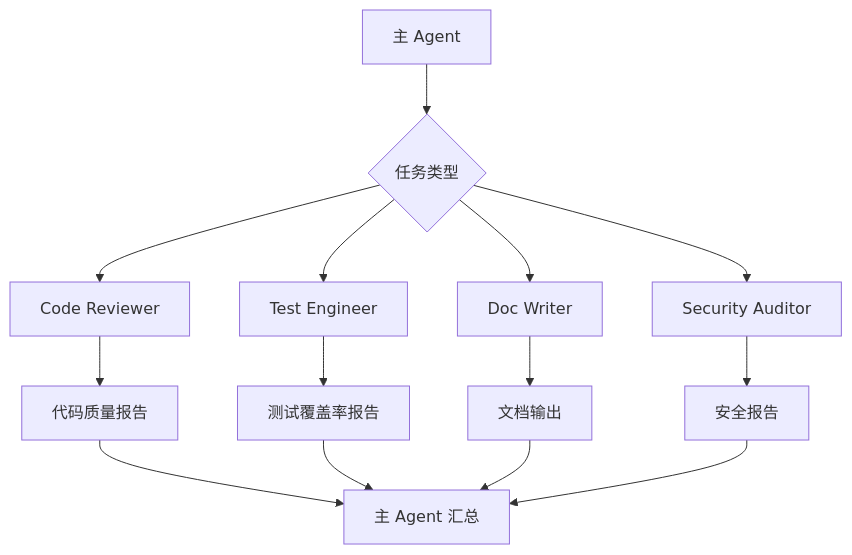
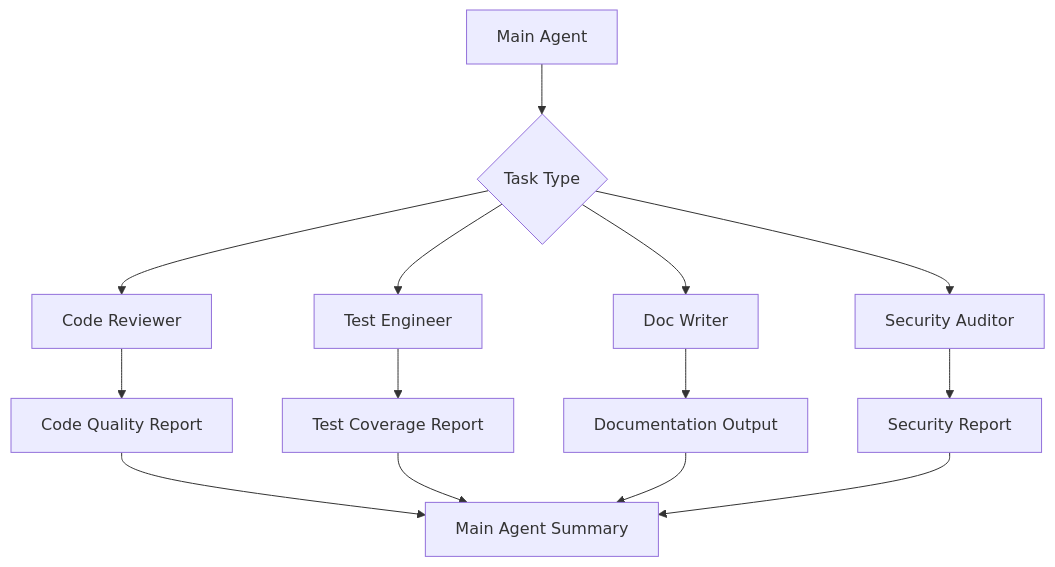
The first of 2 diagrams in 10-subagents/README.md (DDR187/cursor-howto), drawn with Mermaid before and after one commit. The commit also changed other lines of this file and 22 other files, not shown here.

````diff
--- a/10-subagents/README.md
+++ b/10-subagents/README.md
@@ -26,18 +26,18 @@
 ```mermaid
 flowchart TB
-    A[主 Agent] --> B{任务类型}
+    A[Main Agent] --> B{Task Type}
     B --> C[Code Reviewer]
     B --> D[Test Engineer]
     B --> E[Doc Writer]
     B --> F[Security Auditor]
     
-    C --> G[代码质量报告]
-    D --> H[测试覆盖率报告]
-    E --> I[文档输出]
-    F --> J[安全报告]
+    C --> G[Code Quality Report]
+    D --> H[Test Coverage Report]
+    E --> I[Documentation Output]
+    F --> J[Security Report]
     
-    G --> K[主 Agent 汇总]
+    G --> K[Main Agent Summary]
     H --> K
     I --> K
     J --> K
 ```
````
